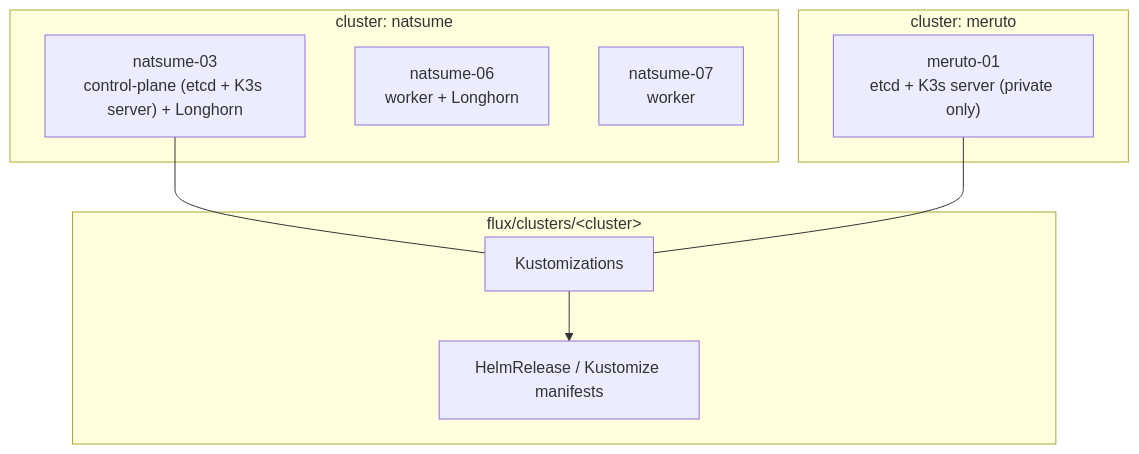
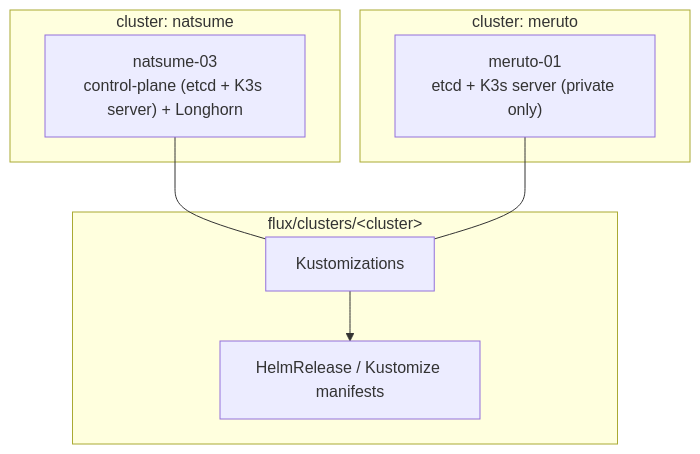
One commit to Soli0222/pke changed the first of 2 diagrams in README.md. Above: the diagram before and after it, drawn with Mermaid. The commit also changed other lines of this file and 5 other files, not shown here.

````diff
--- a/README.md
+++ b/README.md
@@ -18,21 +18,19 @@
 ```mermaid
 flowchart TB
     subgraph Natsume["cluster: natsume"]
         N_CP["natsume-03<br/>control-plane (etcd + K3s server) + Longhorn"]
-        N_W1["natsume-06<br/>worker + Longhorn"]
-        N_W2["natsume-07<br/>worker"]
     end
 
     subgraph Meruto["cluster: meruto"]
         M_01["meruto-01<br/>etcd + K3s server (private only)"]
     end
 
     subgraph GitOps["flux/clusters/&lt;cluster&gt;"]
         BASE["Kustomizations"]
         APPS["HelmRelease / Kustomize manifests"]
     end
 
     N_CP --- BASE
     M_01 --- BASE
     BASE --> APPS
 ```
````
